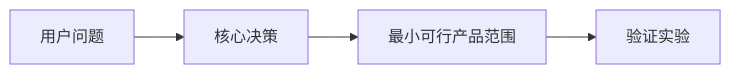
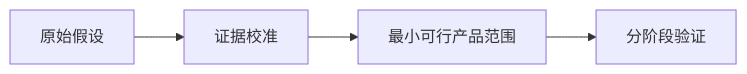
The diagram in shared/templates/new-product-brief.md (Duzhenyang111/WheelWise), drawn with Mermaid before and after one commit. The commit also changed other lines of this file and 25 other files, not shown here.

````diff
--- a/shared/templates/new-product-brief.md
+++ b/shared/templates/new-product-brief.md
@@ -274,6 +358,6 @@
 ```mermaid
 flowchart LR
-  A["用户问题"] --> B["核心决策"]
+  A["原始假设"] --> B["证据校准"]
   B --> C["最小可行产品范围"]
-  C --> D["验证实验"]
+  C --> D["分阶段验证"]
 ```
````
